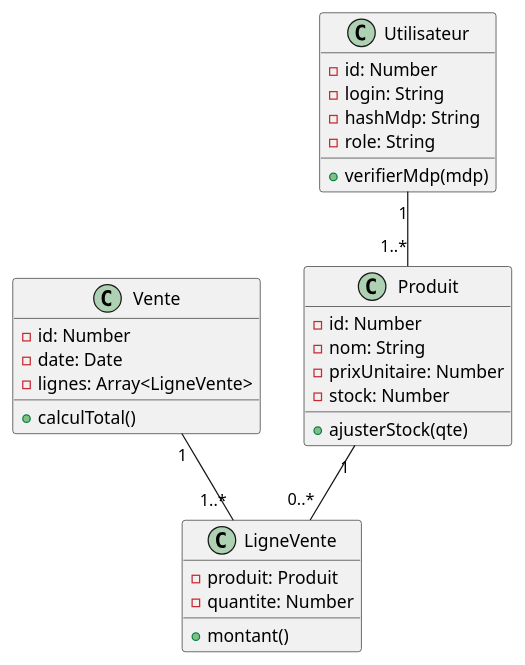
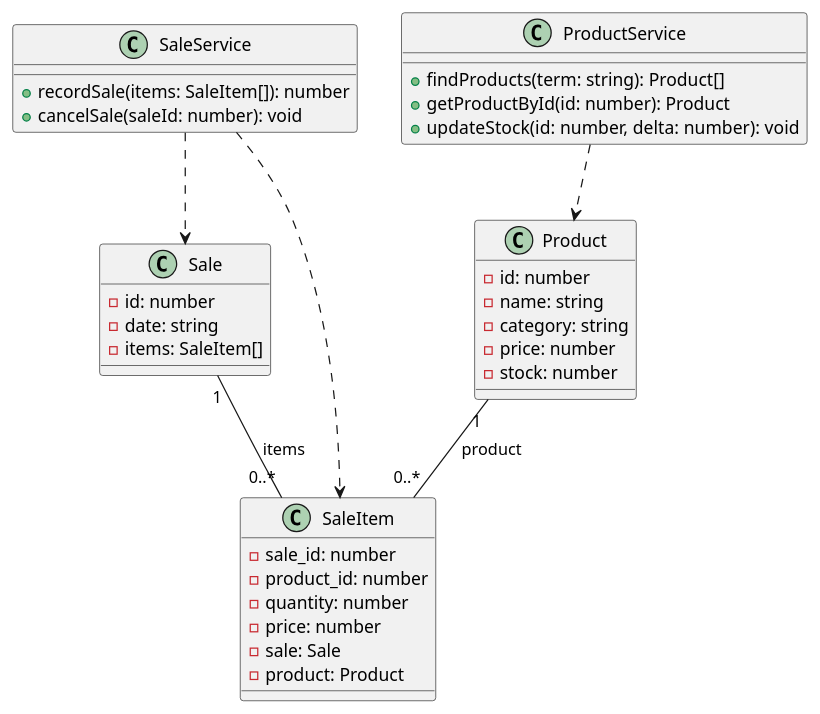
One commit to RaphaelMailhiot/LOG430-labo changed the diagram in docs/logical/class-diagram.puml. Above: the diagram before and after it, drawn with PlantUML. The commit also changed 9 other files, not shown here.

Commit message:
Update UML doc

```diff
--- a/docs/logical/class-diagram.puml
+++ b/docs/logical/class-diagram.puml
@@ -1,36 +1,43 @@
 @startuml
 
-class Produit {
-  - id: Number
-  - nom: String
-  - prixUnitaire: Number
-  - stock: Number
-  + ajusterStock(qte)
+class Product {
+  - id: number
+  - name: string
+  - category: string
+  - price: number
+  - stock: number
 }
 
-class Vente {
-  - id: Number
-  - date: Date
-  - lignes: Array<LigneVente>
-  + calculTotal()
+class Sale {
+  - id: number
+  - date: string
+  - items: SaleItem[]
 }
 
-class LigneVente {
-  - produit: Produit
-  - quantite: Number
-  + montant()
+class SaleItem {
+  - sale_id: number
+  - product_id: number
+  - quantity: number
+  - price: number
+  - sale: Sale
+  - product: Product
 }
 
-class Utilisateur {
-  - id: Number
-  - login: String
-  - hashMdp: String
-  - role: String
-  + verifierMdp(mdp)
+class ProductService {
+  + findProducts(term: string): Product[]
+  + getProductById(id: number): Product
+  + updateStock(id: number, delta: number): void
 }
 
-Produit "1" -- "0..*" LigneVente
-Vente "1" -- "1..*" LigneVente
-Utilisateur "1" -- "1..*" Produit
+class SaleService {
+  + recordSale(items: SaleItem[]): number
+  + cancelSale(saleId: number): void
+}
+
+Product "1" -- "0..*" SaleItem : "product"
+Sale "1" -- "0..*" SaleItem : "items"
+ProductService ..> Product
+SaleService ..> Sale
+SaleService ..> SaleItem
 
 @enduml
```
